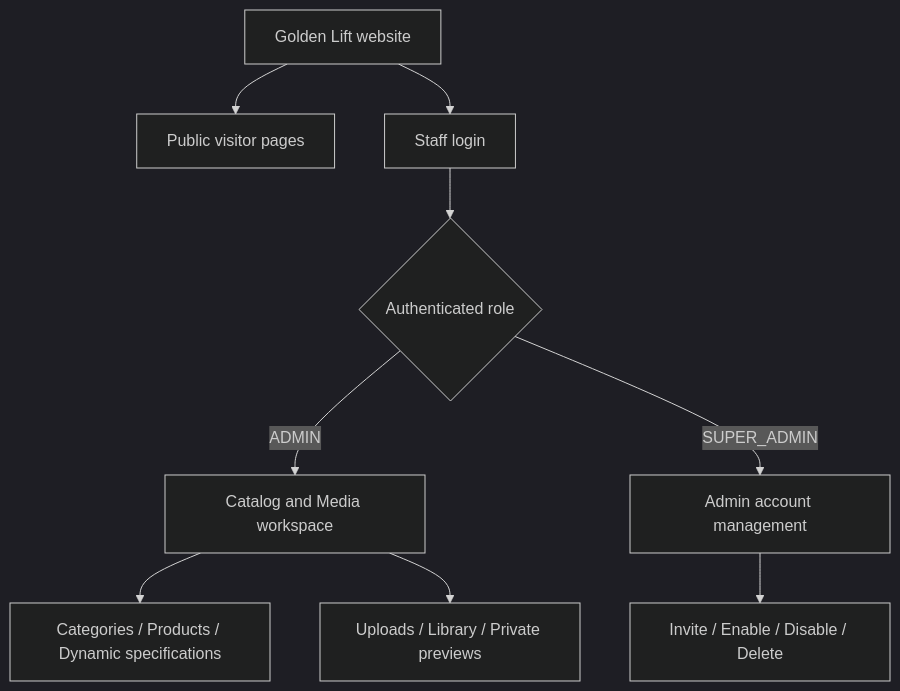
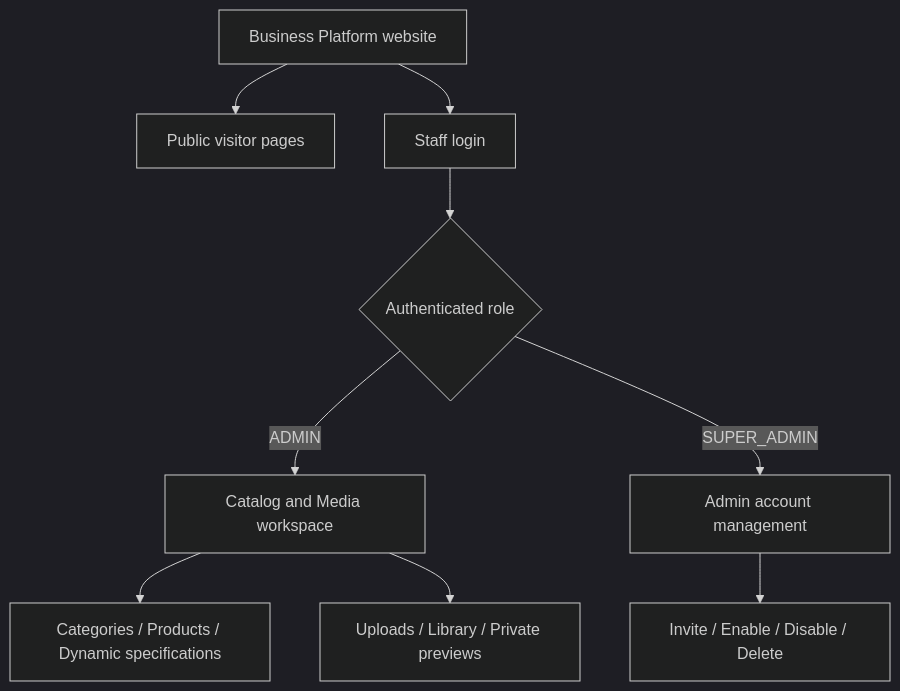
One commit to MichelDeeb4/Golden_Lift changed the first of 4 diagrams in documentation/visitor-and-administration-design.md. Above: the diagram before and after it, drawn with Mermaid (dark theme). The commit also changed other lines of this file and 414 other files, not shown here.

First line of the commit message:
feat: generalize Business Platform and improve catalog administration

````diff
--- a/documentation/visitor-and-administration-design.md
+++ b/documentation/visitor-and-administration-design.md
@@ -27,11 +27,11 @@
 ```mermaid
 flowchart TD
-    Entry[Golden Lift website] --> Visitor[Public visitor pages]
+    Entry[Business Platform website] --> Visitor[Public visitor pages]
     Entry --> Login[Staff login]
     Login --> Role{Authenticated role}
     Role -->|ADMIN| Catalog[Catalog and Media workspace]
     Role -->|SUPER_ADMIN| Staff[Admin account management]
     Catalog --> Products[Categories / Products / Dynamic specifications]
     Catalog --> Media[Uploads / Library / Private previews]
     Staff --> Accounts[Invite / Enable / Disable / Delete]
 ```
````
